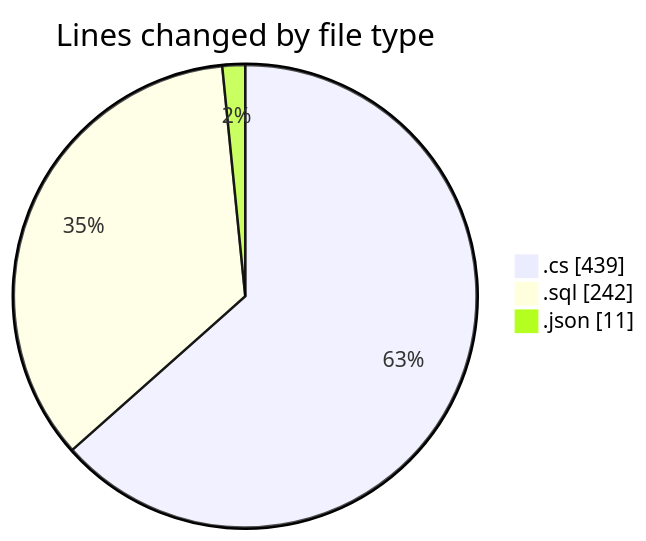
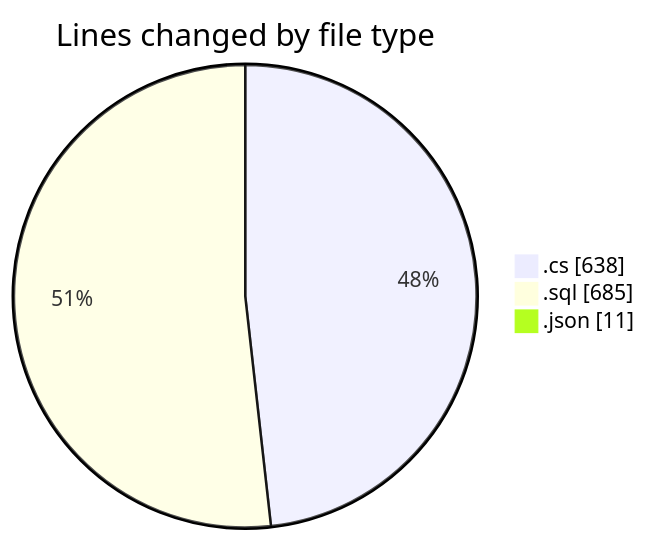
The first of 2 diagrams in 2025-04-04/back-end/README.md (Netris89/code-tracking), drawn with Mermaid before and after one commit. The commit also changed other lines of this file and 1 other file, not shown here.

````diff
--- a/2025-04-04/back-end/README.md
+++ b/2025-04-04/back-end/README.md
@@ -22,7 +22,7 @@
 ```mermaid
 pie showData
 title Lines changed by file type
-".cs" : 439
-".sql" : 242
+".cs" : 638
+".sql" : 685
 ".json" : 11
 ```
````
